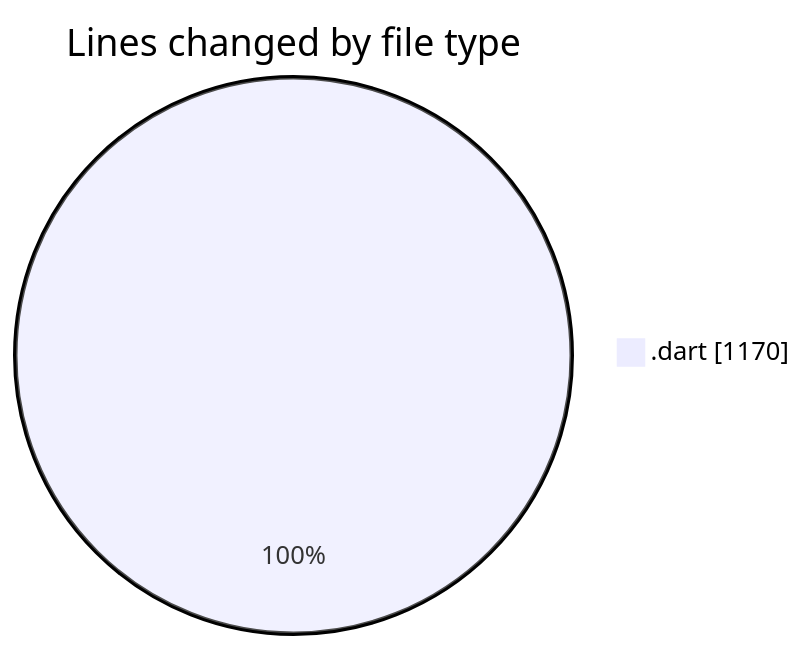
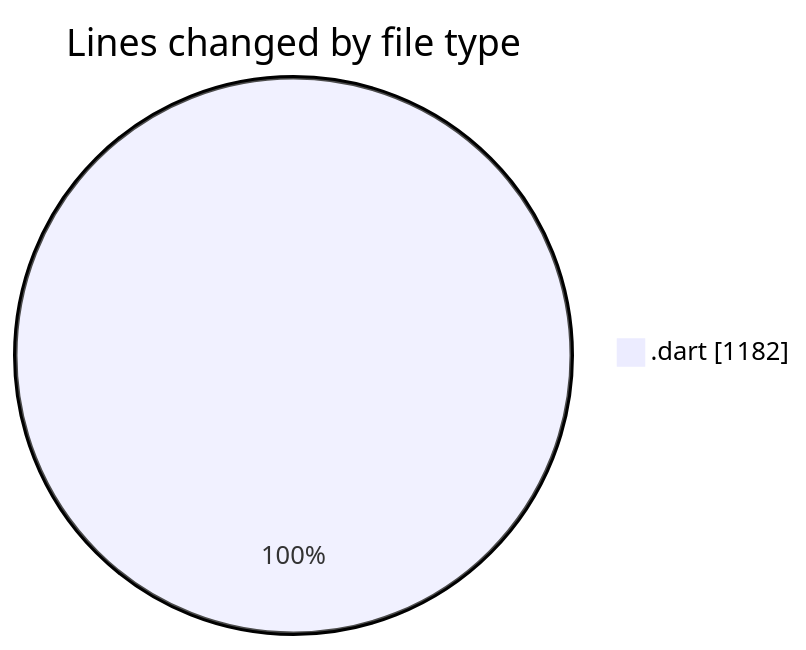
The first of 2 diagrams in 2025-03-08/uber_clone/README.md (donsfak/code-tracking), drawn with Mermaid before and after one commit. The commit also changed other lines of this file and 1 other file, not shown here.

````diff
--- a/2025-03-08/uber_clone/README.md
+++ b/2025-03-08/uber_clone/README.md
@@ -21,5 +21,5 @@
 ```mermaid
 pie showData
 title Lines changed by file type
-".dart" : 1170
+".dart" : 1182
 ```
````
